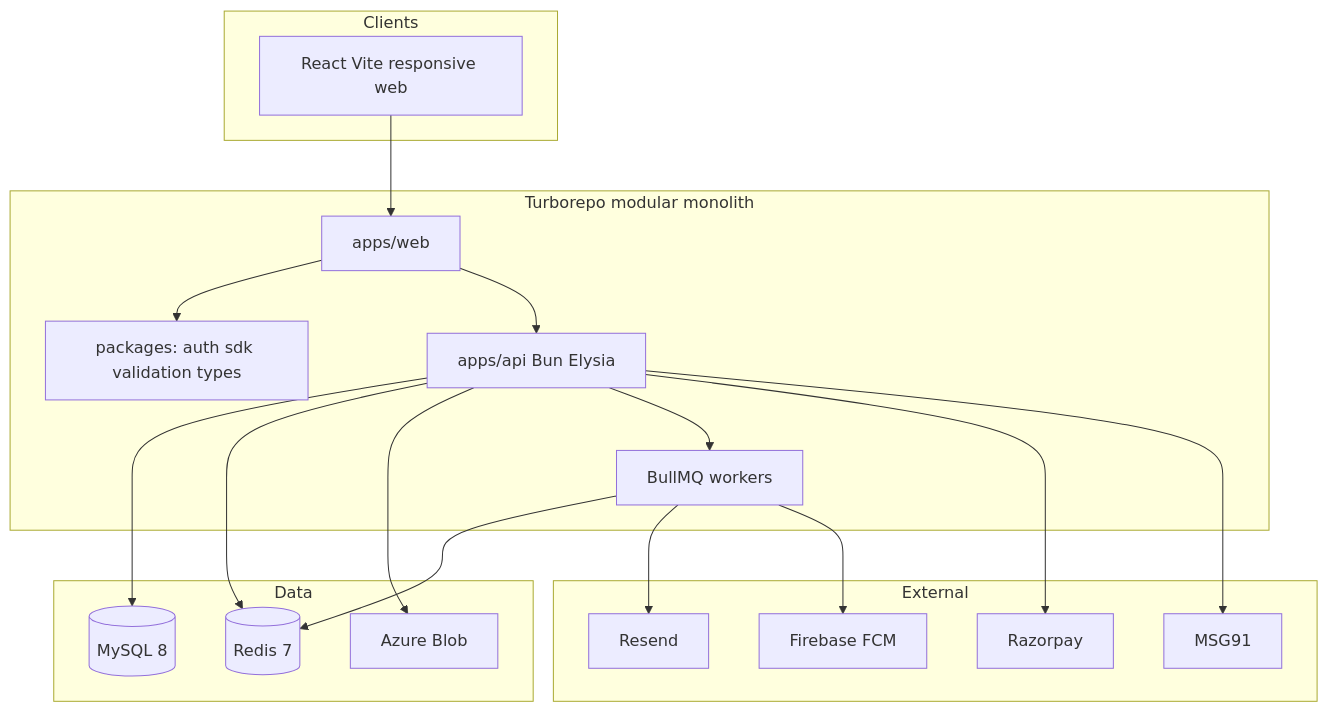
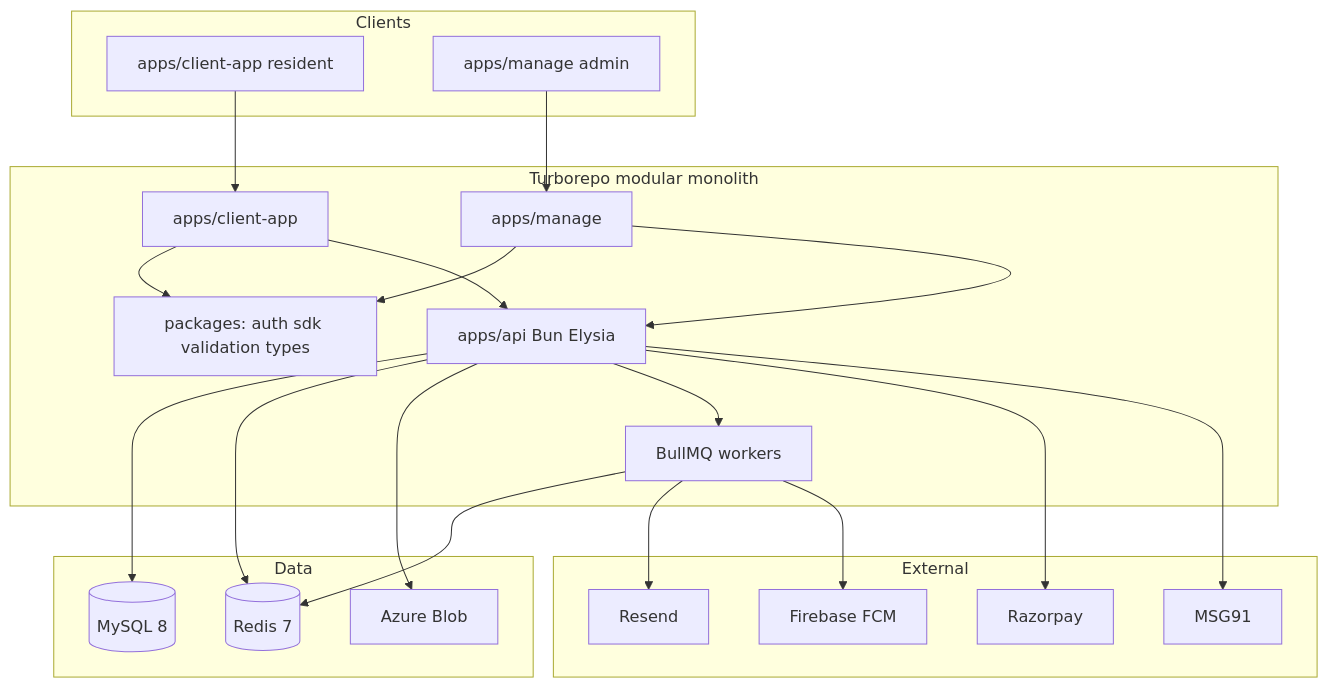
The first of 3 diagrams in docs/03-Architecture.md (engineersbay/society-hub), drawn with Mermaid before and after one commit. The commit also changed other lines of this file and 72 other files, not shown here.

First line of the commit message:
feat: add manage app and rename web to client-app

````diff
--- a/docs/03-Architecture.md
+++ b/docs/03-Architecture.md
@@ -37,39 +37,44 @@
 ```mermaid
 flowchart TB
   subgraph clients [Clients]
-    Web["React Vite responsive web"]
+    Web["apps/client-app resident"]
+    Manage["apps/manage admin"]
   end
 
   subgraph mono [Turborepo modular monolith]
     API["apps/api Bun Elysia"]
     Worker["BullMQ workers"]
-    WEB["apps/web"]
+    WEB["apps/client-app"]
+    MANAGE["apps/manage"]
     Pkgs["packages: auth sdk validation types"]
   end
 
   subgraph data [Data]
     MySQL[(MySQL 8)]
     Redis[(Redis 7)]
     Blob[Azure Blob]
   end
 
   subgraph external [External]
     Razorpay[Razorpay]
     MSG91[MSG91]
     Resend[Resend]
     FCM[Firebase FCM]
   end
 
   Web --> WEB
+  Manage --> MANAGE
   WEB --> Pkgs
+  MANAGE --> Pkgs
   WEB --> API
+  MANAGE --> API
   API --> MySQL
   API --> Redis
   API --> Blob
   API --> Worker
   Worker --> Redis
   Worker --> Resend
   Worker --> FCM
   API --> Razorpay
   API --> MSG91
 ```
````
